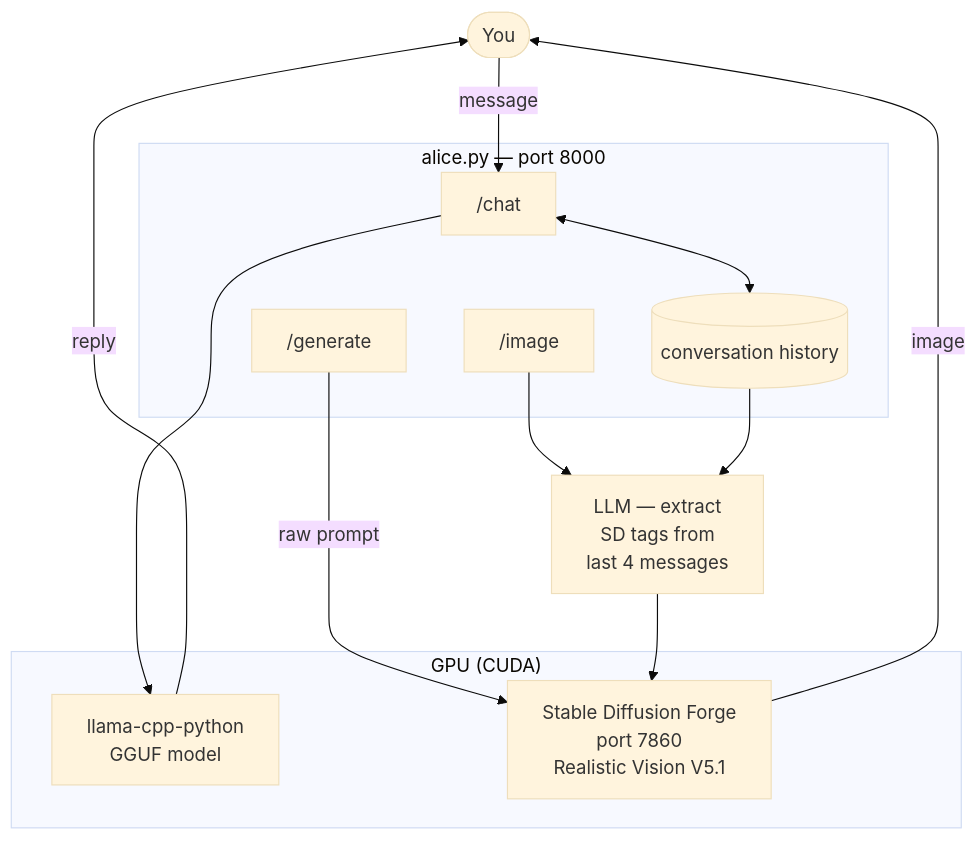
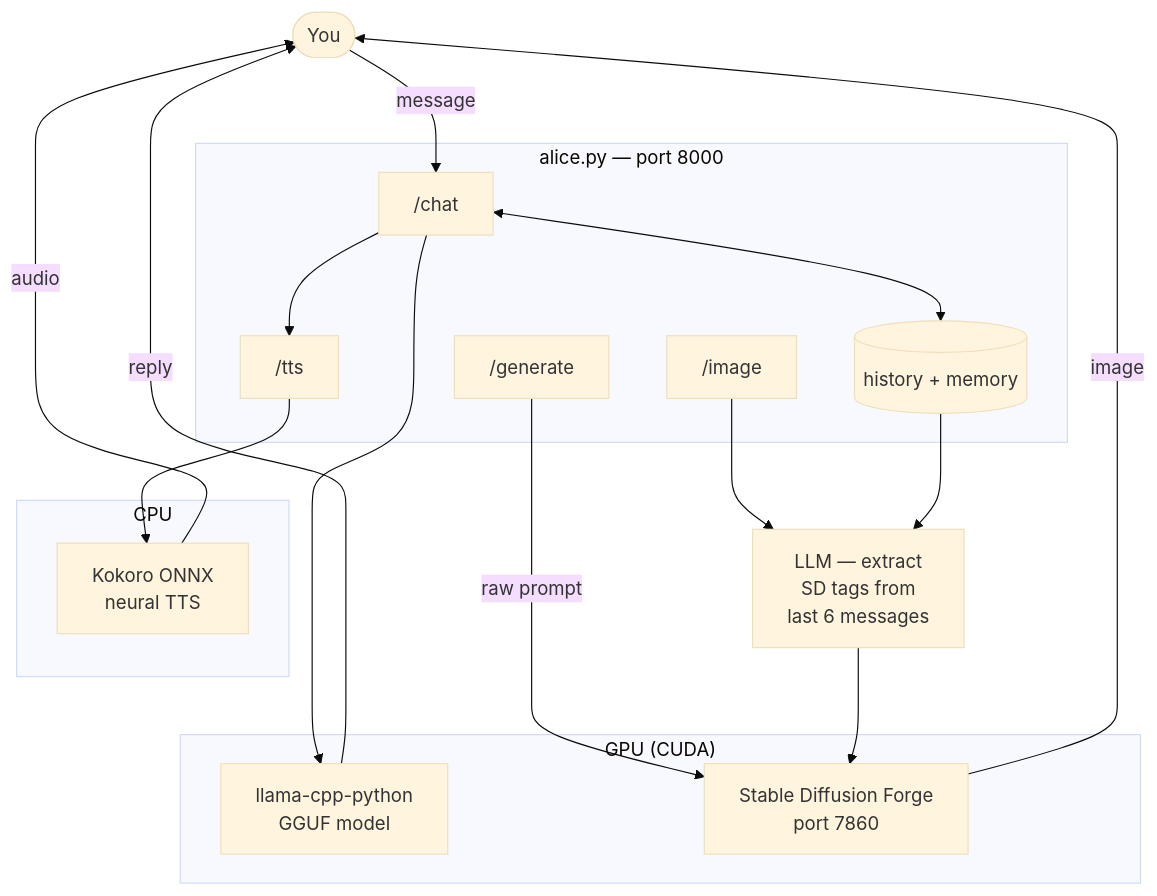
One commit to cschladetsch/PyLocalEnsemble changed the first of 2 diagrams in Readme.md. Above: the diagram before and after it, drawn with Mermaid (base theme). The commit also changed other lines of this file and 6 other files, not shown here.

First line of the commit message:
Add TTS, memory, model switcher, and UI improvements

````diff
--- a/Readme.md
+++ b/Readme.md
@@ -213,26 +261,34 @@
 ```mermaid
 flowchart TD
     User([You]) -->|message| Chat
 
     subgraph Alice ["alice.py — port 8000"]
         Chat["/chat"]
         Image["/image"]
         Generate["/generate"]
-        History[(conversation history)]
+        TTS["/tts"]
+        Memory[(history + memory)]
     end
 
     Chat --> LLM
-    Chat <--> History
-    Image --> Extractor["LLM — extract\nSD tags from\nlast 4 messages"]
-    History --> Extractor
+    Chat <--> Memory
+    Image --> Extractor["LLM — extract\nSD tags from\nlast 6 messages"]
+    Memory --> Extractor
     Generate -->|raw prompt| Forge
+    Chat --> TTS
 
     subgraph GPU ["GPU (CUDA)"]
         LLM["llama-cpp-python\nGGUF model"]
-        Forge["Stable Diffusion Forge\nport 7860\nRealistic Vision V5.1"]
+        Forge["Stable Diffusion Forge\nport 7860"]
     end
 
+    subgraph CPU
+        KokoroTTS["Kokoro ONNX\nneural TTS"]
+    end
+
+    TTS --> KokoroTTS
     Extractor --> Forge
     LLM -->|reply| User
     Forge -->|image| User
+    KokoroTTS -->|audio| User
 ```
````
